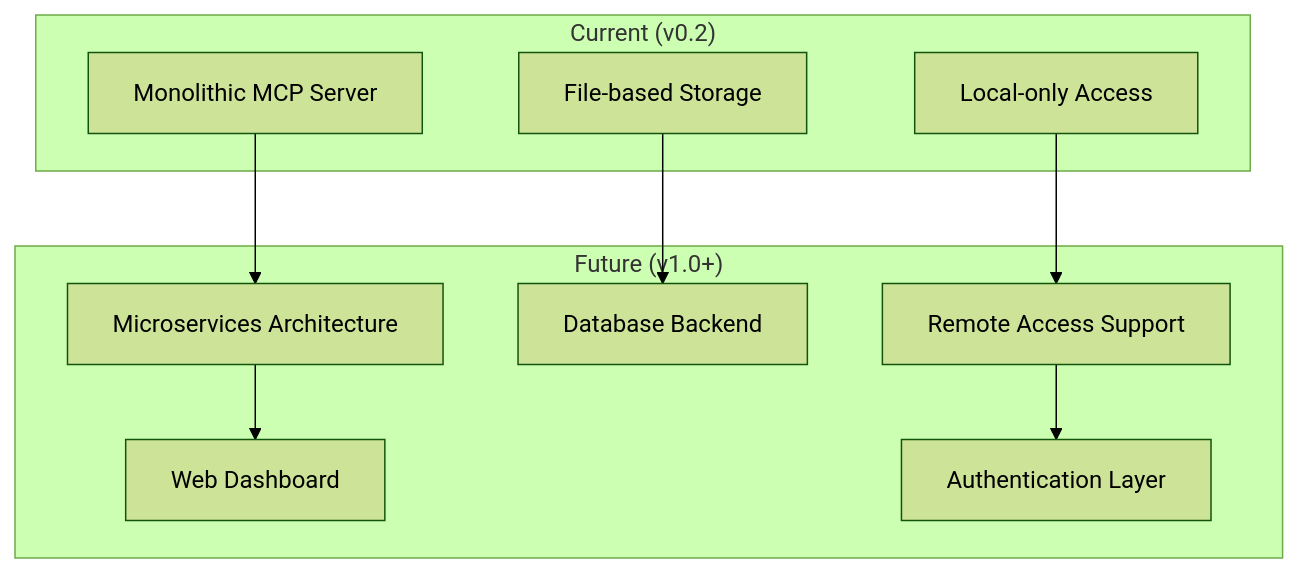
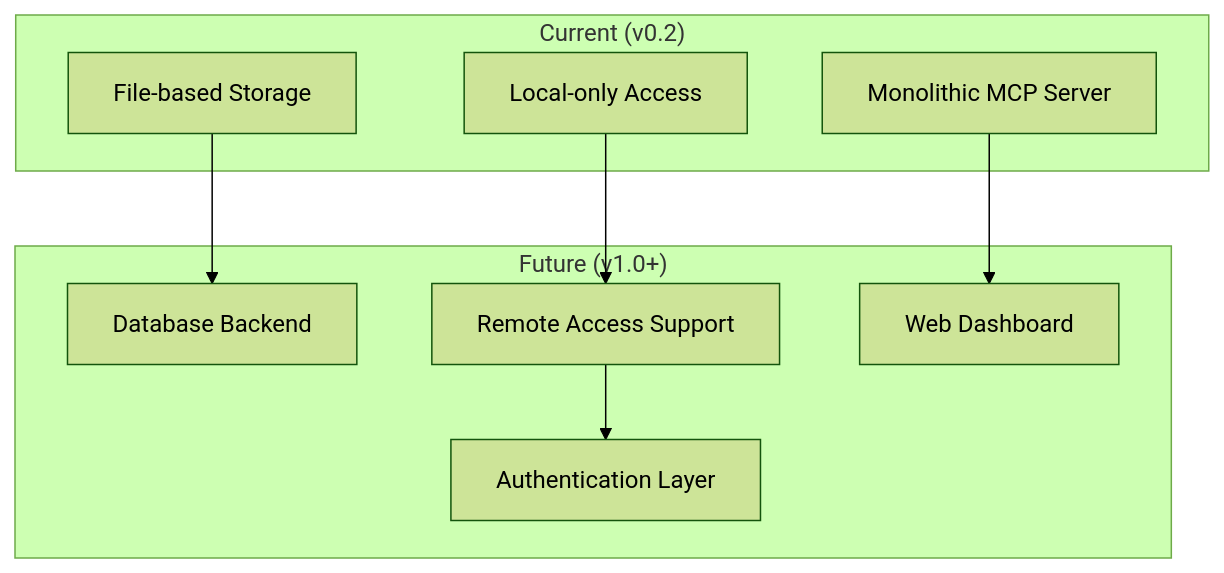
The eighth of 8 diagrams in docs/SYSTEM-OVERVIEW.md (gilbarbara/agent-hub-mcp), drawn with Mermaid (forest theme) before and after one commit. The commit also changed other lines of this file and 6 other files, not shown here.

````diff
--- a/docs/SYSTEM-OVERVIEW.md
+++ b/docs/SYSTEM-OVERVIEW.md
@@ -396,22 +408,20 @@
 ```mermaid
 graph TB
     subgraph "Current (v0.2)"
         MONO[Monolithic MCP Server]
         FILE[File-based Storage]
         LOCAL[Local-only Access]
     end
     
     subgraph "Future (v1.0+)"
-        MICRO[Microservices Architecture]
         DB[Database Backend]
         REMOTE[Remote Access Support]
         DASH[Web Dashboard]
         AUTH[Authentication Layer]
     end
     
-    MONO --> MICRO
+    MONO --> DASH
     FILE --> DB
     LOCAL --> REMOTE
-    MICRO --> DASH
     REMOTE --> AUTH
 ```
````
